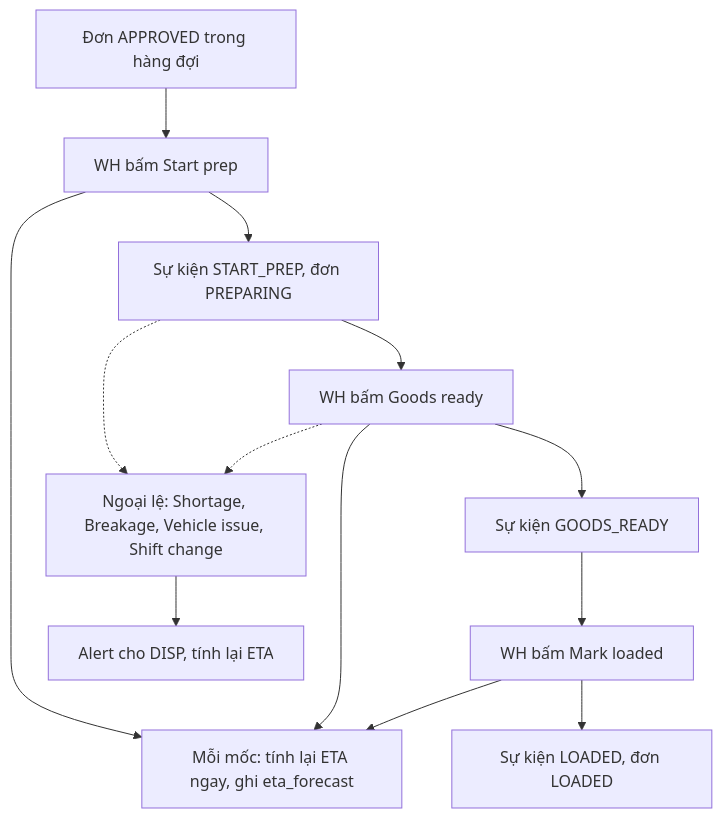
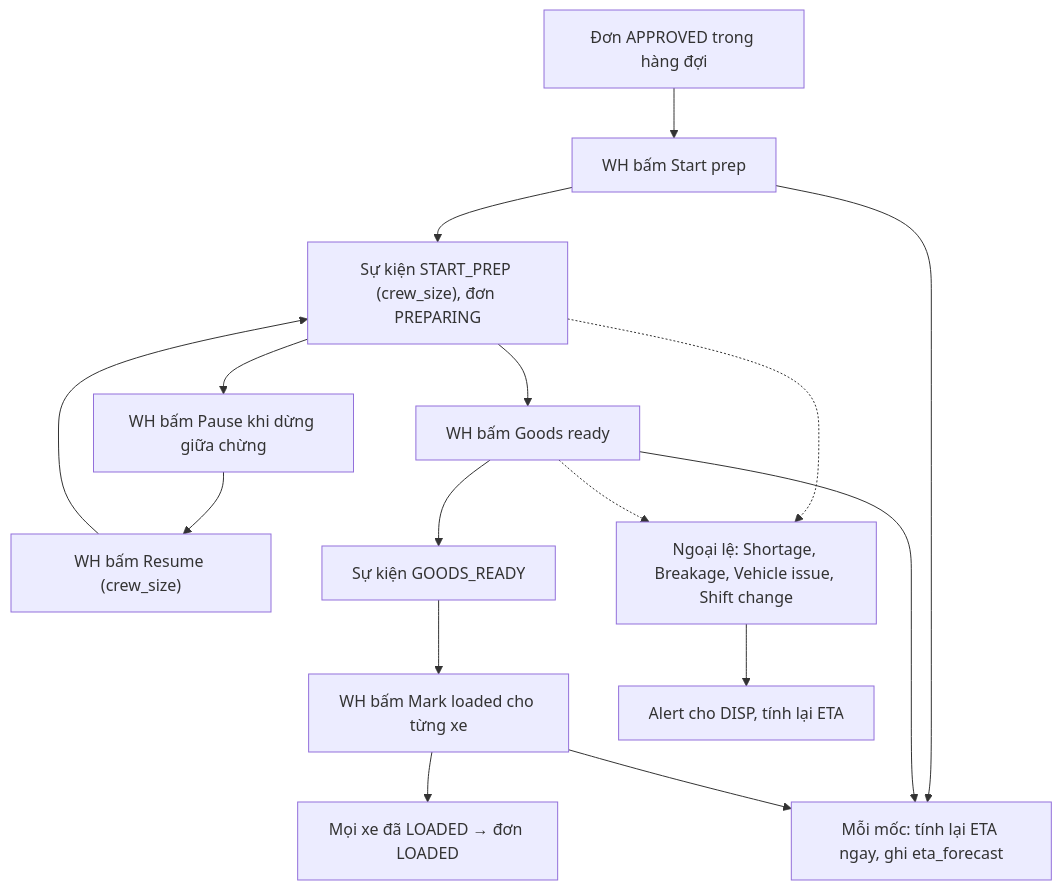
Before and after one commit to qaztyhn/cfo-itconsultant: the sixth of 13 diagrams in docs/07_User_Flows.md, drawn with Mermaid. The commit also changed other lines of this file and 72 other files, not shown here.

````diff
--- a/docs/07_User_Flows.md
+++ b/docs/07_User_Flows.md
@@ -191,15 +190,16 @@
 ```mermaid
 flowchart TD
   A["Đơn APPROVED trong hàng đợi"] --> B["WH bấm Start prep"]
-  B --> C["Sự kiện START_PREP, đơn PREPARING"]
+  B --> C["Sự kiện START_PREP (crew_size), đơn PREPARING"]
+  C --> P1["WH bấm Pause khi dừng giữa chừng"] --> P2["WH bấm Resume (crew_size)"] --> C
   C --> D["WH bấm Goods ready"]
   D --> E["Sự kiện GOODS_READY"]
-  E --> F["WH bấm Mark loaded"]
-  F --> G["Sự kiện LOADED, đơn LOADED"]
+  E --> F["WH bấm Mark loaded cho từng xe"]
+  F --> G["Mọi xe đã LOADED → đơn LOADED"]
   C -.-> X["Ngoại lệ: Shortage, Breakage, Vehicle issue, Shift change"]
   D -.-> X
   X --> Y["Alert cho DISP, tính lại ETA"]
   B --> H["Mỗi mốc: tính lại ETA ngay, ghi eta_forecast"]
   D --> H
   F --> H
 ```
````
